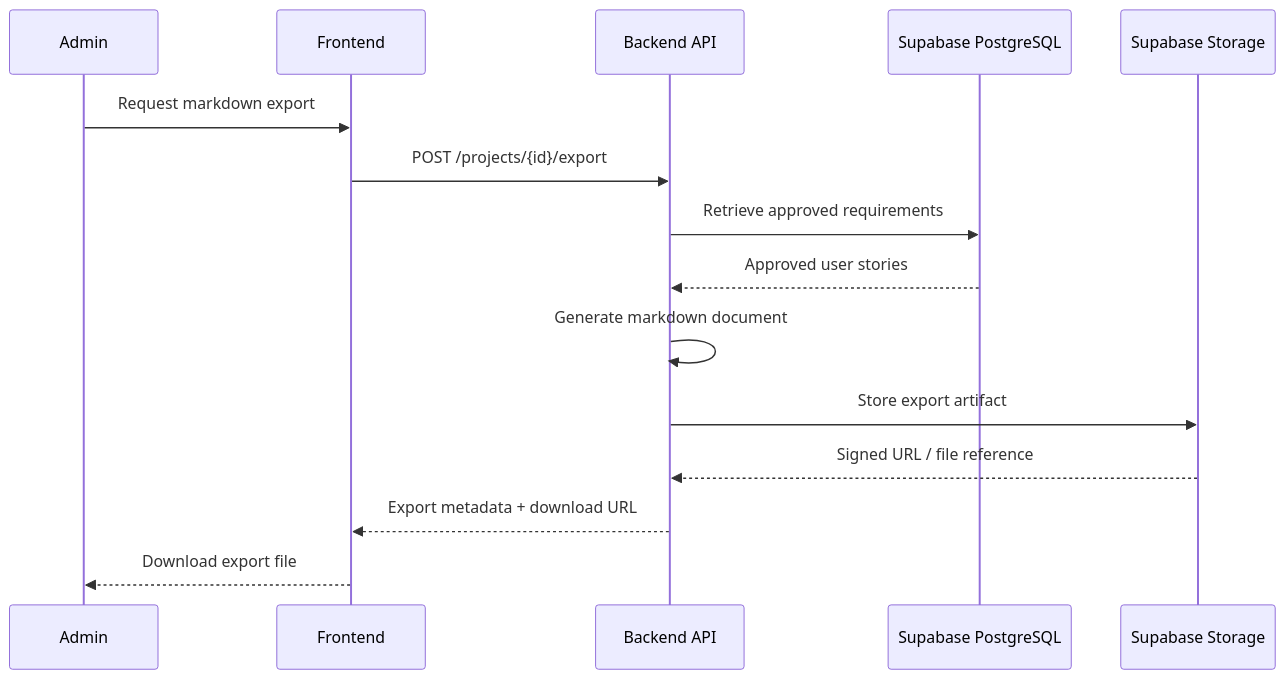
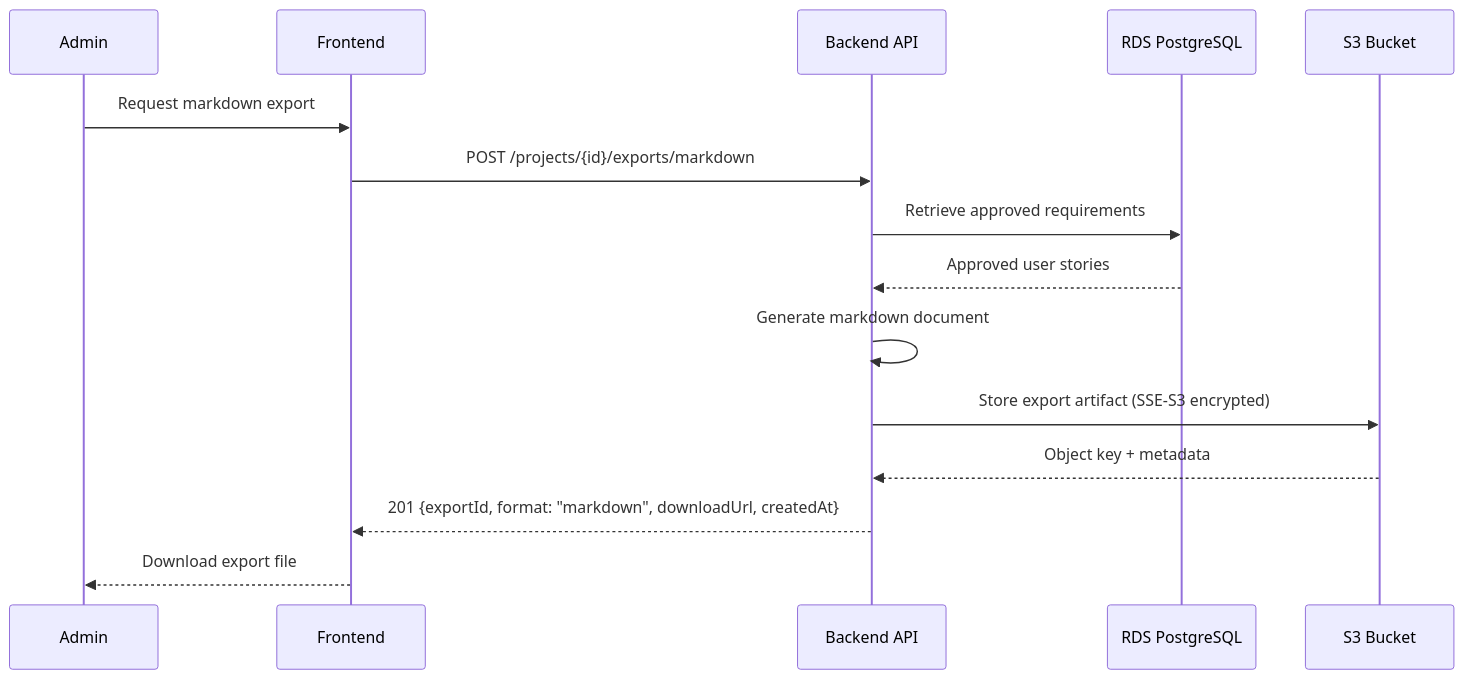
The fourth of 13 diagrams in docs/03-architecture/diagrams/sequence-diagrams.md (alonsovndev/open-projects-hub-docs), drawn with Mermaid before and after one commit. The commit also changed other lines of this file and 1 other file, not shown here.

Commit message:
docs: add mermaid sequence diagrams

````diff
--- a/docs/03-architecture/diagrams/sequence-diagrams.md
+++ b/docs/03-architecture/diagrams/sequence-diagrams.md
@@ -81,18 +96,18 @@
 ```mermaid
 sequenceDiagram
     participant Admin
     participant FE as Frontend
     participant BE as Backend API
-    participant DB as Supabase PostgreSQL
-    participant Storage as Supabase Storage
+    participant DB as RDS PostgreSQL
+    participant Storage as S3 Bucket
 
     Admin->>FE: Request markdown export
-    FE->>BE: POST /projects/{id}/export
+    FE->>BE: POST /projects/{id}/exports/markdown
     BE->>DB: Retrieve approved requirements
     DB-->>BE: Approved user stories
     BE->>BE: Generate markdown document
-    BE->>Storage: Store export artifact
-    Storage-->>BE: Signed URL / file reference
-    BE-->>FE: Export metadata + download URL
+    BE->>Storage: Store export artifact (SSE-S3 encrypted)
+    Storage-->>BE: Object key + metadata
+    BE-->>FE: 201 {exportId, format: "markdown", downloadUrl, createdAt}
     FE-->>Admin: Download export file
 ```
````
